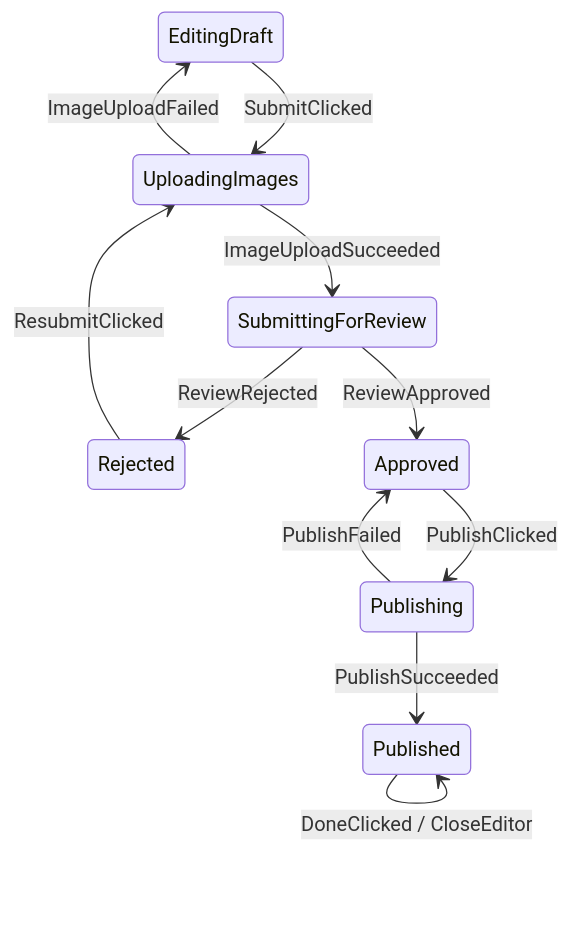
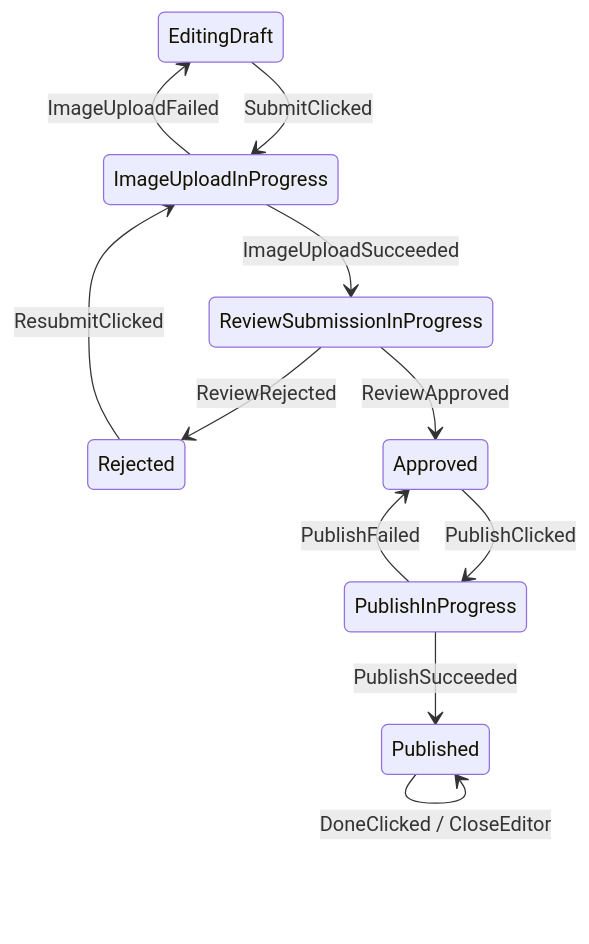
One commit to kez-lab/afsm changed the first of 2 diagrams in wiki/03-engineering/afsm-v3-topology-first-api.md. Above: the diagram before and after it, drawn with Mermaid. The commit also changed other lines of this file and 27 other files, not shown here.

````diff
--- a/wiki/03-engineering/afsm-v3-topology-first-api.md
+++ b/wiki/03-engineering/afsm-v3-topology-first-api.md
@@ -56,13 +56,13 @@
 ```mermaid
 stateDiagram-v2
-  EditingDraft --> UploadingImages: SubmitClicked
-  UploadingImages --> SubmittingForReview: ImageUploadSucceeded
-  UploadingImages --> EditingDraft: ImageUploadFailed
-  SubmittingForReview --> Rejected: ReviewRejected
-  Rejected --> UploadingImages: ResubmitClicked
-  SubmittingForReview --> Approved: ReviewApproved
-  Approved --> Publishing: PublishClicked
-  Publishing --> Published: PublishSucceeded
-  Publishing --> Approved: PublishFailed
+  EditingDraft --> ImageUploadInProgress: SubmitClicked
+  ImageUploadInProgress --> ReviewSubmissionInProgress: ImageUploadSucceeded
+  ImageUploadInProgress --> EditingDraft: ImageUploadFailed
+  ReviewSubmissionInProgress --> Rejected: ReviewRejected
+  Rejected --> ImageUploadInProgress: ResubmitClicked
+  ReviewSubmissionInProgress --> Approved: ReviewApproved
+  Approved --> PublishInProgress: PublishClicked
+  PublishInProgress --> Published: PublishSucceeded
+  PublishInProgress --> Approved: PublishFailed
   Published --> Published: DoneClicked / CloseEditor
 ```
````
